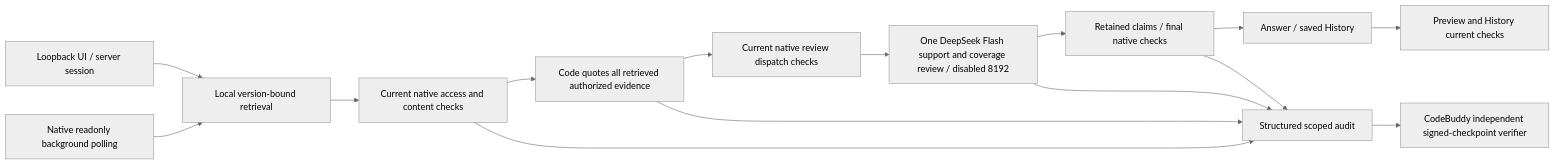
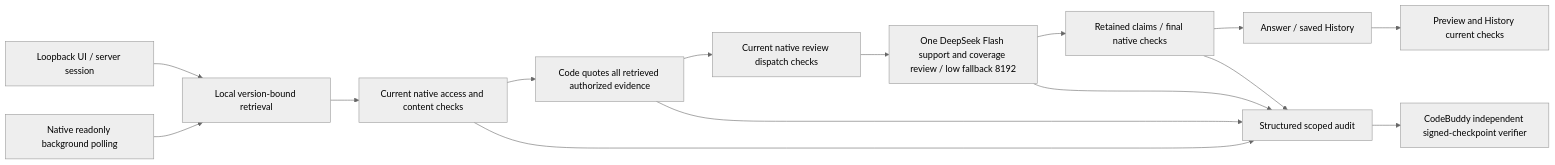
The first of 2 diagrams in docs/IMPLEMENTED_ARCHITECTURE.md (Stone441/AI-Bang2), drawn with Mermaid (neutral theme) before and after one commit. The commit also changed other lines of this file and 33 other files, not shown here.

Commit message:
Deliver useful core source answers with bounded low review fallback

````diff
--- a/docs/IMPLEMENTED_ARCHITECTURE.md
+++ b/docs/IMPLEMENTED_ARCHITECTURE.md
@@ -11,14 +11,14 @@
 ```mermaid
 flowchart LR
  U[Loopback UI / server session] --> R[Local version-bound retrieval]
  W[Native readonly background polling] --> R
  R --> A[Current native access and content checks]
  A --> Q[Code quotes all retrieved authorized evidence]
  Q --> P[Current native review dispatch checks]
- P --> V[One DeepSeek Flash support and coverage review / disabled 8192]
+ P --> V[One DeepSeek Flash support and coverage review / low fallback 8192]
  V --> F[Retained claims / final native checks]
  F --> O[Answer / saved History]
  O --> C[Preview and History current checks]
  A & Q & V & F --> L[Structured scoped audit]
  L --> S[CodeBuddy independent signed-checkpoint verifier]
 ```
````
